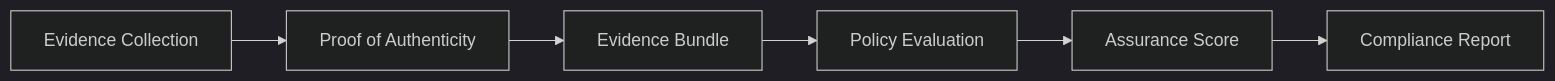
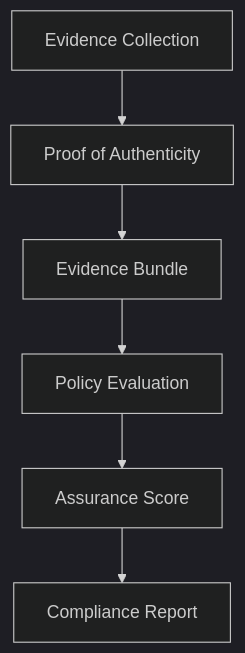
One commit to Confidior/confidior-engine changed the diagram in README.md. Above: the diagram before and after it, drawn with Mermaid (dark theme). The commit also changed other lines of this file and 9 other files, not shown here.

````diff
--- a/README.md
+++ b/README.md
@@ -106,8 +115,8 @@
 ```mermaid
-graph LR
+graph TD
     A[Evidence Collection] --> B[Proof of Authenticity]
     B --> C[Evidence Bundle]
     C --> D[Policy Evaluation]
     D --> E[Assurance Score]
     E --> F[Compliance Report]
 ```
````
